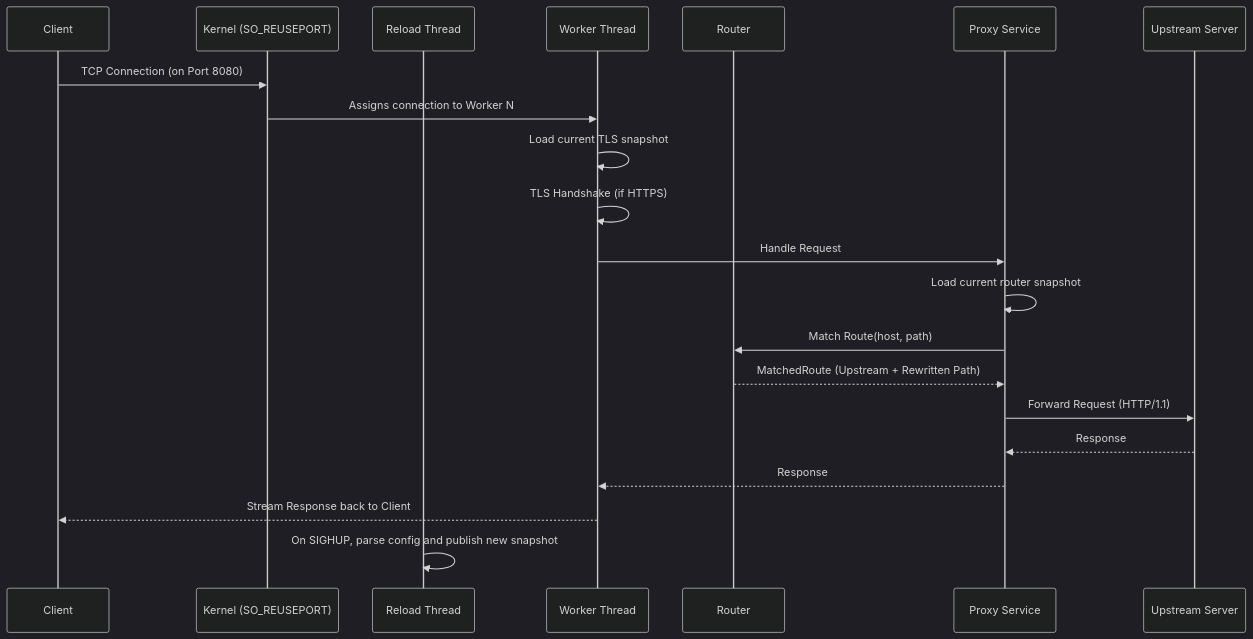
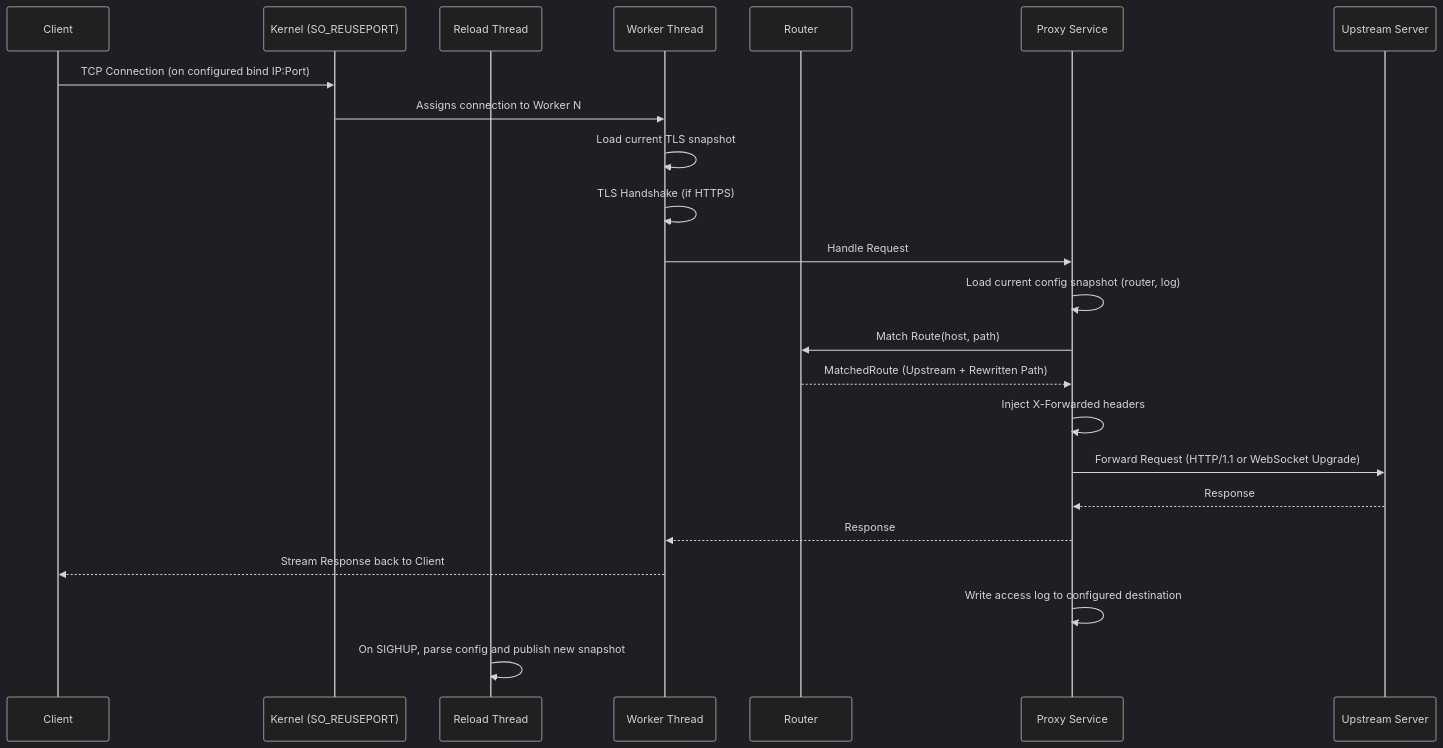
One commit to HughStanway/Barebones-Reverse-Proxy changed the diagram in docs/architecture.md. Above: the diagram before and after it, drawn with Mermaid (dark theme). The commit also changed other lines of this file and 3 other files, not shown here.

Commit message:
feat: add WebSocket support, configurable bind addresses, and structured logging with rotation

````diff
--- a/docs/architecture.md
+++ b/docs/architecture.md
@@ -20,24 +21,26 @@
 ```mermaid
 sequenceDiagram
     participant C as Client
     participant K as Kernel (SO_REUSEPORT)
     participant S as Reload Thread
     participant W as Worker Thread
     participant R as Router
     participant P as Proxy Service
     participant U as Upstream Server
 
-    C->>K: TCP Connection (on Port 8080)
+    C->>K: TCP Connection (on configured bind IP:Port)
     K->>W: Assigns connection to Worker N
     W->>W: Load current TLS snapshot
     W->>W: TLS Handshake (if HTTPS)
     W->>P: Handle Request
-    P->>P: Load current router snapshot
+    P->>P: Load current config snapshot (router, log)
     P->>R: Match Route(host, path)
     R-->>P: MatchedRoute (Upstream + Rewritten Path)
-    P->>U: Forward Request (HTTP/1.1)
+    P->>P: Inject X-Forwarded headers
+    P->>U: Forward Request (HTTP/1.1 or WebSocket Upgrade)
     U-->>P: Response
     P-->>W: Response
     W-->>C: Stream Response back to Client
+    P->>P: Write access log to configured destination
     S->>S: On SIGHUP, parse config and publish new snapshot
 ```
````
